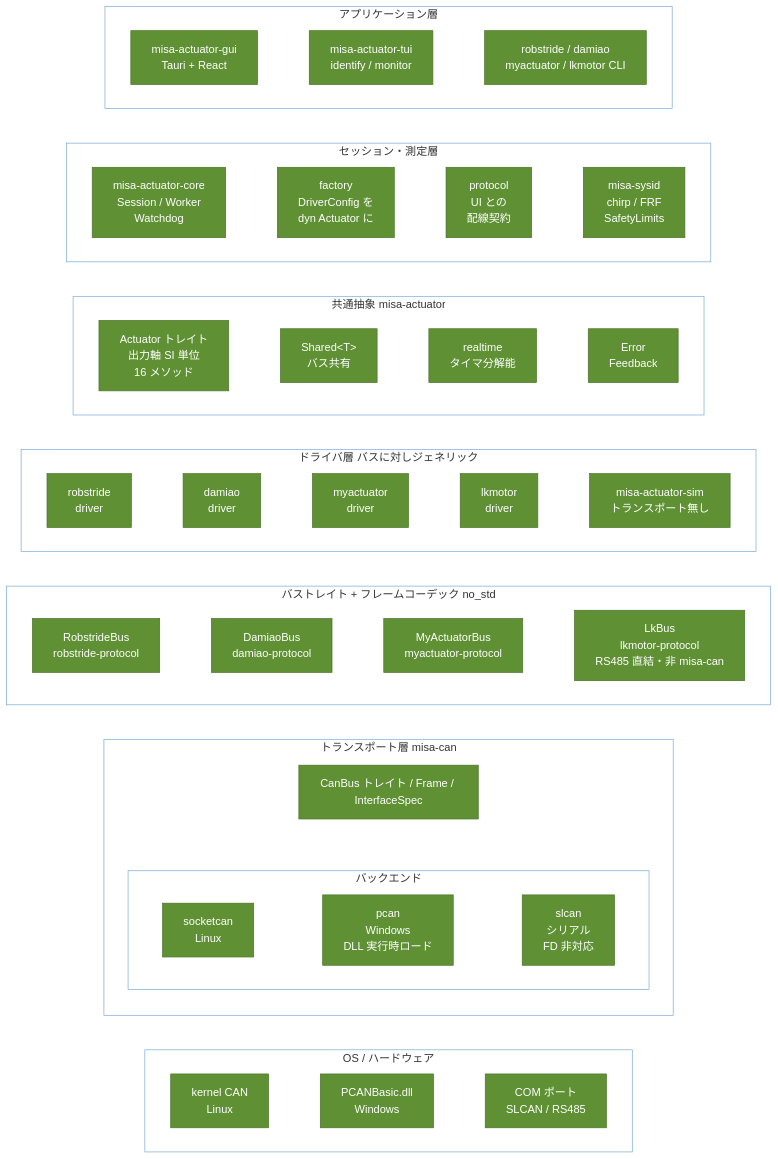
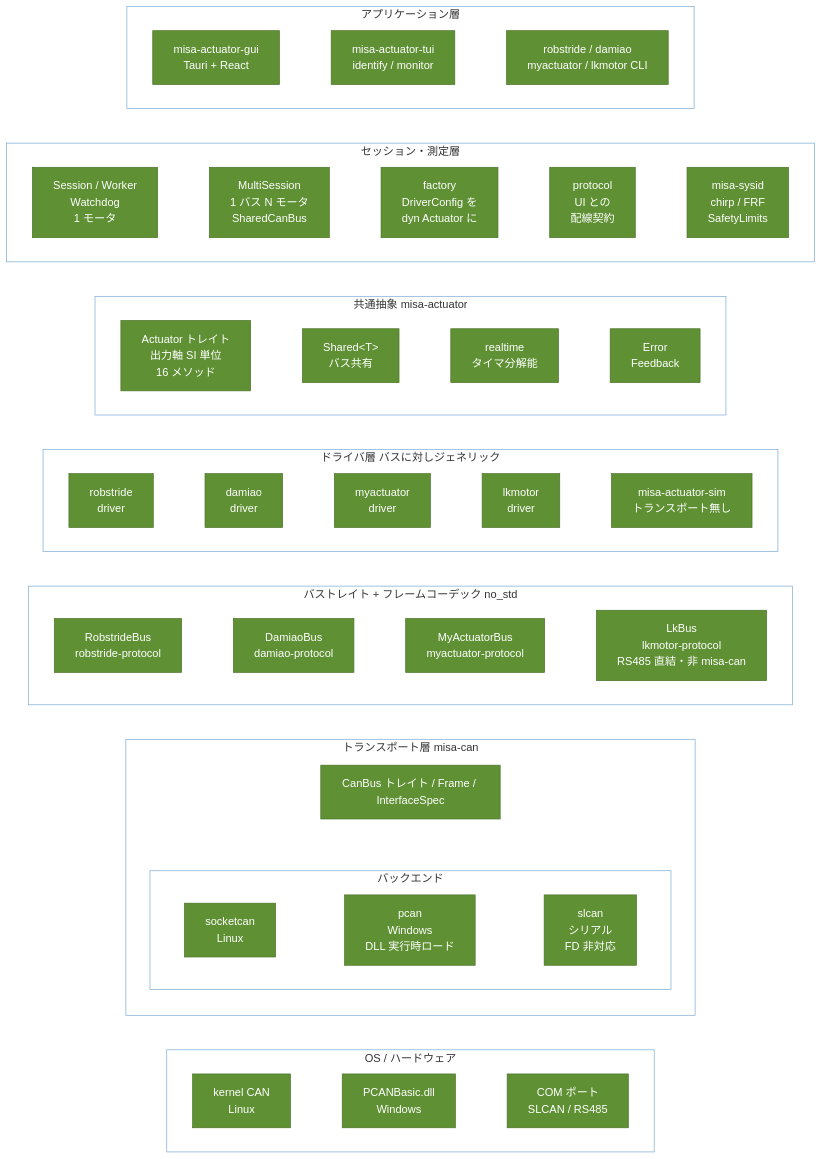
The third of 4 diagrams in doc/architecture.md (takarakasai/misa-actuator), drawn with Mermaid before and after one commit. The commit also changed other lines of this file and 1 other file, not shown here.

First line of the commit message:
docs: put the multi-motor session on the architecture diagrams

````diff
--- a/doc/architecture.md
+++ b/doc/architecture.md
@@ -189,51 +196,51 @@
 ```mermaid
 flowchart TB
     classDef unit fill:#5f9134,stroke:#4a7228,stroke-width:1px,color:#ffffff
     classDef tier fill:none,stroke:#7aa9d6,stroke-width:1px
 
     subgraph L1["アプリケーション層"]
         direction LR
         A1["misa-actuator-gui<br/>Tauri + React"] ~~~ A2["misa-actuator-tui<br/>identify / monitor"] ~~~ A3["robstride / damiao<br/>myactuator / lkmotor CLI"]
     end
 
     subgraph L2["セッション・測定層"]
         direction LR
-        S1["misa-actuator-core<br/>Session / Worker<br/>Watchdog"] ~~~ S2["factory<br/>DriverConfig を<br/>dyn Actuator に"] ~~~ S3["protocol<br/>UI との<br/>配線契約"] ~~~ S4["misa-sysid<br/>chirp / FRF<br/>SafetyLimits"]
+        S1["Session / Worker<br/>Watchdog<br/>1 モータ"] ~~~ S1B["MultiSession<br/>1 バス N モータ<br/>SharedCanBus"] ~~~ S2["factory<br/>DriverConfig を<br/>dyn Actuator に"] ~~~ S3["protocol<br/>UI との<br/>配線契約"] ~~~ S4["misa-sysid<br/>chirp / FRF<br/>SafetyLimits"]
     end
 
     subgraph L3["共通抽象  misa-actuator"]
         direction LR
         T1["Actuator トレイト<br/>出力軸 SI 単位<br/>16 メソッド"] ~~~ T2["Shared&lt;T&gt;<br/>バス共有"] ~~~ T3["realtime<br/>タイマ分解能"] ~~~ T4["Error<br/>Feedback"]
     end
 
     subgraph L4["ドライバ層  バスに対しジェネリック"]
         direction LR
         D1["robstride<br/>driver"] ~~~ D2["damiao<br/>driver"] ~~~ D3["myactuator<br/>driver"] ~~~ D4["lkmotor<br/>driver"] ~~~ D5["misa-actuator-sim<br/>トランスポート無し"]
     end
 
     subgraph L5["バストレイト + フレームコーデック  no_std"]
         direction LR
         B1["RobstrideBus<br/>robstride-protocol"] ~~~ B2["DamiaoBus<br/>damiao-protocol"] ~~~ B3["MyActuatorBus<br/>myactuator-protocol"] ~~~ B4["LkBus<br/>lkmotor-protocol<br/>RS485 直結・非 misa-can"]
     end
 
     subgraph L6["トランスポート層  misa-can"]
         direction TB
         C1["CanBus トレイト / Frame / InterfaceSpec"]
         subgraph L6B["バックエンド"]
             direction LR
             K1["socketcan<br/>Linux"] ~~~ K2["pcan<br/>Windows<br/>DLL 実行時ロード"] ~~~ K3["slcan<br/>シリアル<br/>FD 非対応"]
         end
         C1 ~~~ L6B
     end
 
     subgraph L7["OS / ハードウェア"]
         direction LR
         O1["kernel CAN<br/>Linux"] ~~~ O2["PCANBasic.dll<br/>Windows"] ~~~ O3["COM ポート<br/>SLCAN / RS485"]
     end
 
     L1 ~~~ L2 ~~~ L3 ~~~ L4 ~~~ L5 ~~~ L6 ~~~ L7
 
-    class A1,A2,A3,S1,S2,S3,S4,T1,T2,T3,T4 unit
+    class A1,A2,A3,S1,S1B,S2,S3,S4,T1,T2,T3,T4 unit
     class D1,D2,D3,D4,D5,B1,B2,B3,B4,C1,K1,K2,K3,O1,O2,O3 unit
     class L1,L2,L3,L4,L5,L6,L6B,L7 tier
 ```
````
